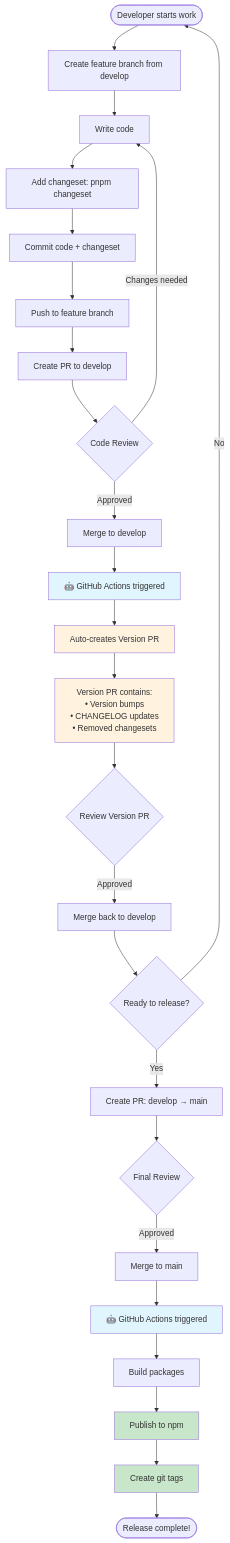
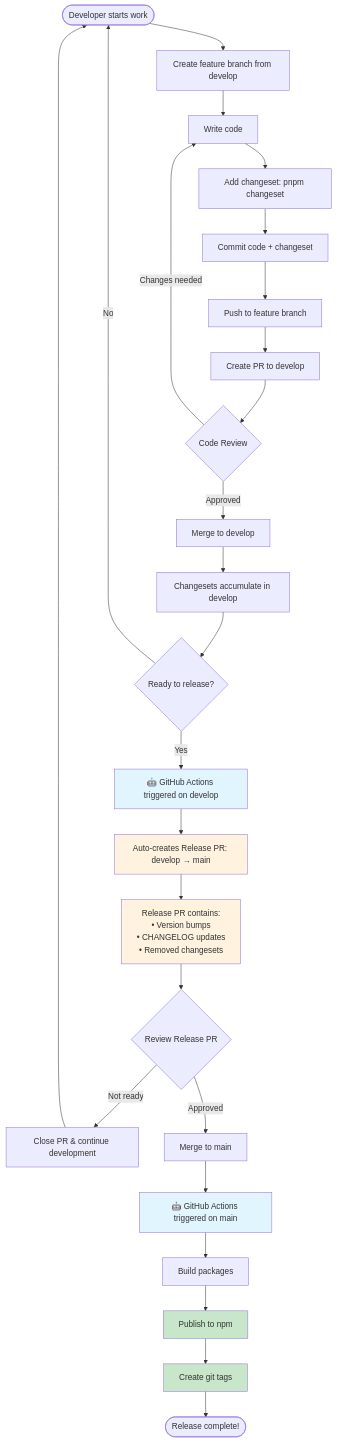
The diagram in CONTRIBUTING.md (getcove/cove-js-sdk), drawn with Mermaid before and after one commit. The commit also changed other lines of this file and 3 other files, not shown here.

First line of the commit message:
docs: fix release workflow and optimize GitHub Actions

````diff
--- a/CONTRIBUTING.md
+++ b/CONTRIBUTING.md
@@ -32,37 +33,37 @@
 ```mermaid
 flowchart TD
     Start([Developer starts work]) --> Branch[Create feature branch from develop]
     Branch --> Code[Write code]
     Code --> Changeset[Add changeset: pnpm changeset]
     Changeset --> Commit[Commit code + changeset]
     Commit --> Push[Push to feature branch]
     Push --> PR1[Create PR to develop]
     PR1 --> Review{Code Review}
     Review -->|Approved| Merge1[Merge to develop]
     Review -->|Changes needed| Code
     
-    Merge1 --> Auto[🤖 GitHub Actions triggered]
-    Auto --> VersionPR[Auto-creates Version PR]
-    VersionPR --> Contains[Version PR contains:<br/>• Version bumps<br/>• CHANGELOG updates<br/>• Removed changesets]
-    Contains --> Review2{Review Version PR}
-    Review2 -->|Approved| Merge2[Merge back to develop]
+    Merge1 --> Accumulate[Changesets accumulate in develop]
+    Accumulate --> Ready{Ready to release?}
+    Ready -->|No| Start
+    Ready -->|Yes| Auto[🤖 GitHub Actions triggered on develop]
     
-    Merge2 --> Ready{Ready to release?}
-    Ready -->|No| Start
-    Ready -->|Yes| ReleasePR[Create PR: develop → main]
-    ReleasePR --> Review3{Final Review}
-    Review3 -->|Approved| Merge3[Merge to main]
+    Auto --> VersionPR[Auto-creates Release PR: develop → main]
+    VersionPR --> Contains[Release PR contains:<br/>• Version bumps<br/>• CHANGELOG updates<br/>• Removed changesets]
+    Contains --> Review2{Review Release PR}
+    Review2 -->|Not ready| Close[Close PR & continue development]
+    Close --> Start
+    Review2 -->|Approved| Merge2[Merge to main]
     
-    Merge3 --> Publish[🤖 GitHub Actions triggered]
+    Merge2 --> Publish[🤖 GitHub Actions triggered on main]
     Publish --> Build[Build packages]
     Build --> NPM[Publish to npm]
     NPM --> Tags[Create git tags]
     Tags --> End([Release complete!])
     
     style Auto fill:#e1f5fe
     style Publish fill:#e1f5fe
     style VersionPR fill:#fff3e0
     style Contains fill:#fff3e0
     style NPM fill:#c8e6c9
     style Tags fill:#c8e6c9
 ```
````
